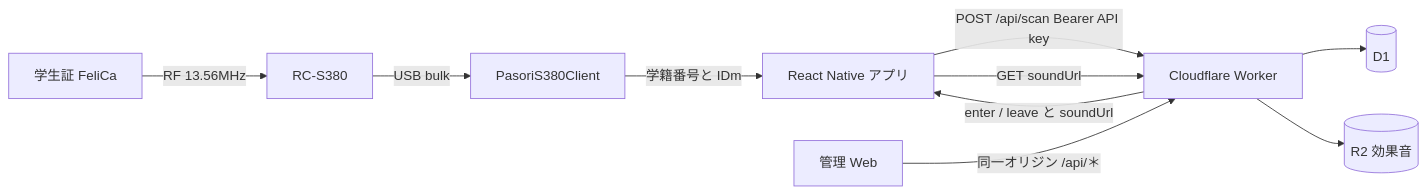
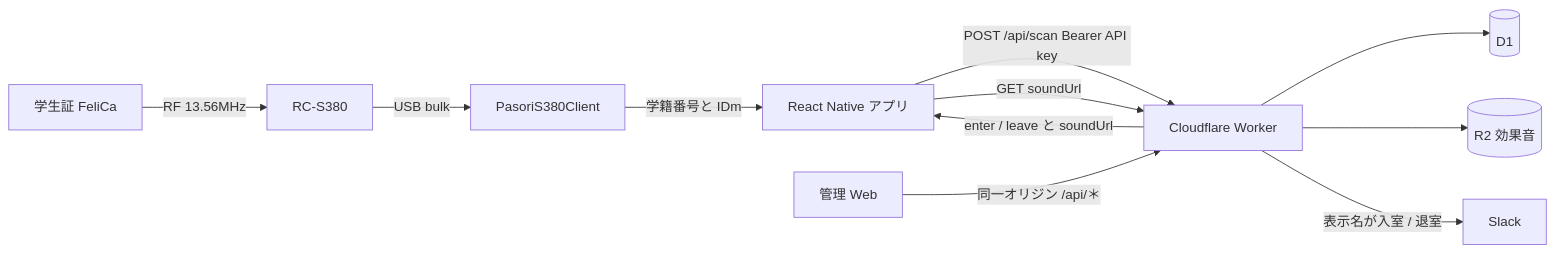
Before and after one commit to physically-augmented-interaction/lab-student-card-reader: the diagram in README.md, drawn with Mermaid. The commit also changed other lines of this file and 19 other files, not shown here.

````diff
--- a/README.md
+++ b/README.md
@@ -35,12 +35,13 @@
 ```mermaid
 flowchart LR
   card[学生証 FeliCa] -->|RF 13.56MHz| reader[RC-S380]
   reader -->|USB bulk| kotlin[PasoriS380Client]
   kotlin -->|学籍番号と IDm| app[React Native アプリ]
   app -->|POST /api/scan Bearer API key| worker[Cloudflare Worker]
   worker --> d1[(D1)]
   worker --> r2[(R2 効果音)]
   worker -->|enter / leave と soundUrl| app
   app -->|GET soundUrl| worker
   web[管理 Web] -->|同一オリジン /api/＊| worker
+  worker -->|表示名が入室 / 退室| slack[Slack]
 ```
````
